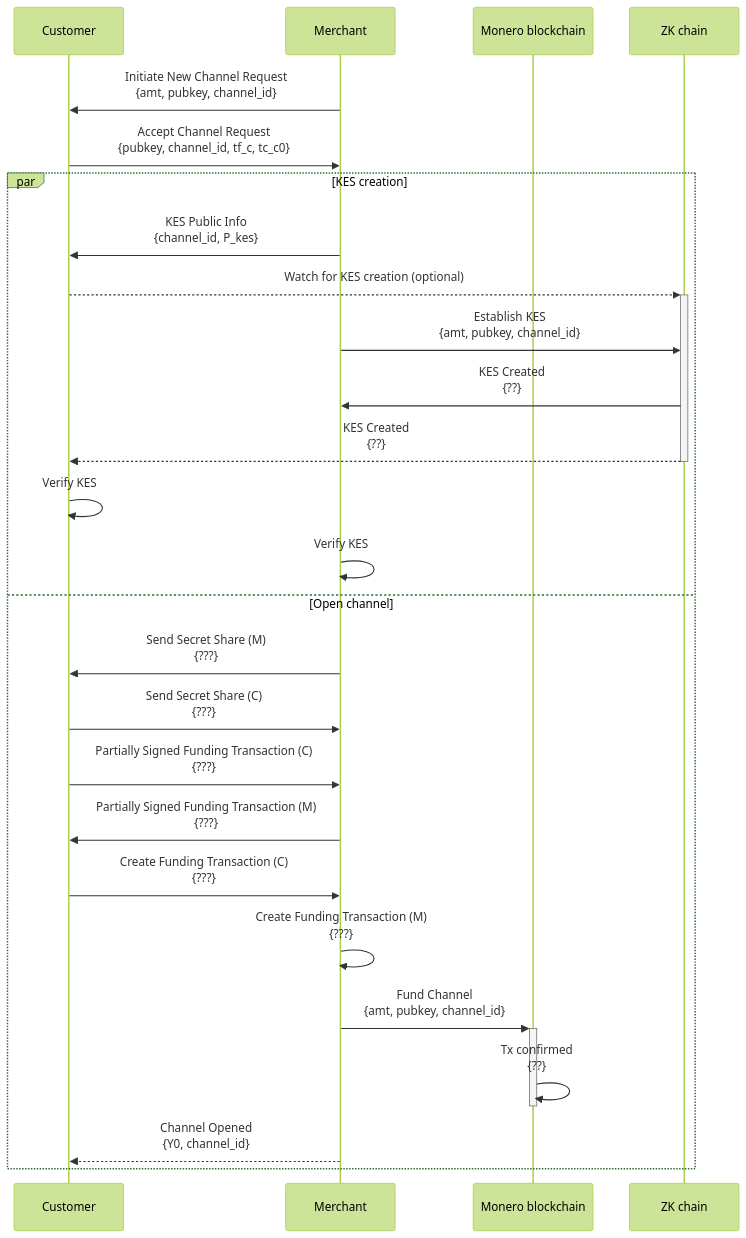
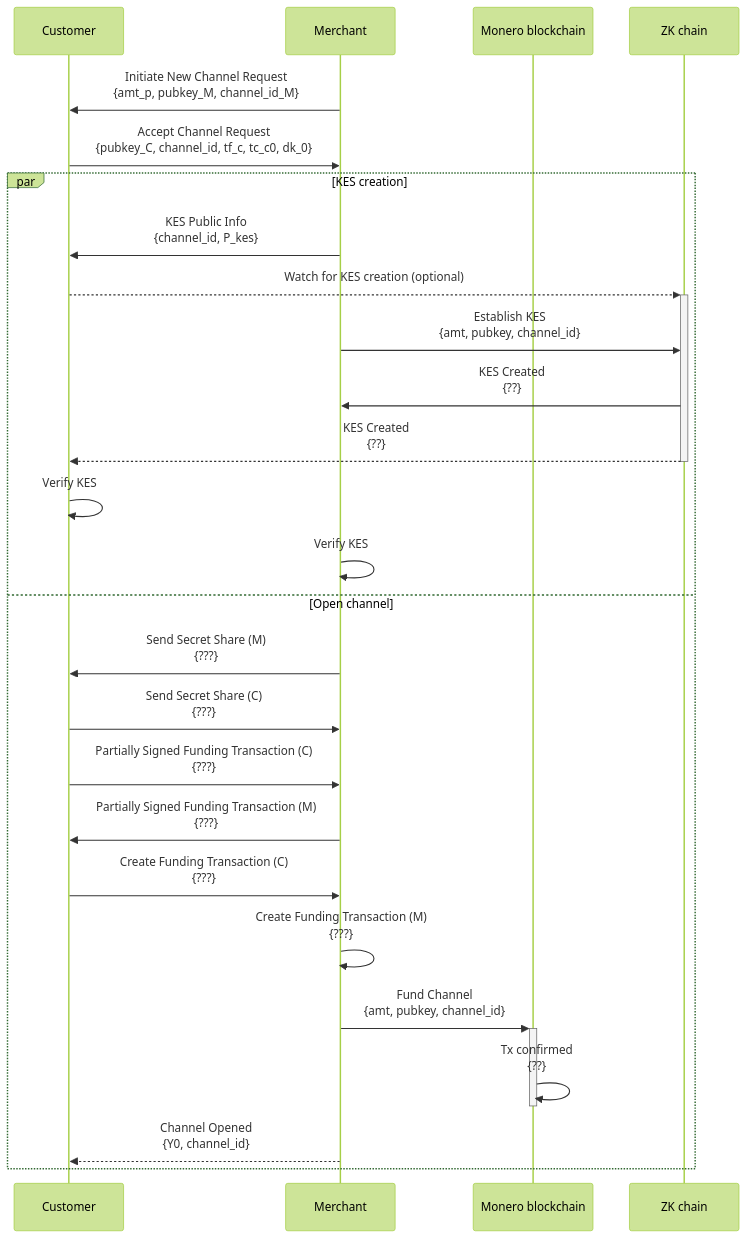
One commit to grease-xmr/grease changed the diagram in docs/channel-establishment-seq-diagram.md. Above: the diagram before and after it, drawn with Mermaid (forest theme). The commit also changed 13 other files, not shown here.

````diff
--- a/docs/channel-establishment-seq-diagram.md
+++ b/docs/channel-establishment-seq-diagram.md
@@ -16,32 +16,32 @@
 ```mermaid
 sequenceDiagram
     participant C as Customer
     participant M as Merchant
     participant L1 as Monero blockchain
     participant L2 as ZK chain
 
-    M ->> C: Initiate New Channel Request<br/>{amt, pubkey, channel_id}
-    C ->> M: Accept Channel Request<br/>{pubkey, channel_id, tf_c, tc_c0}
+    M ->> C: Initiate New Channel Request<br/>{amt_p, pubkey_M, channel_id_M}
+    C ->> M: Accept Channel Request<br/>{pubkey_C, channel_id, tf_c, tc_c0, dk_0}
     par KES creation
         M ->> C: KES Public Info<br/>{channel_id, P_kes}
         C -->>+ L2: Watch for KES creation (optional)
         M ->> L2: Establish KES<br/>{amt, pubkey, channel_id}
         L2 ->> M: KES Created<br/>{??}
         L2 -->>- C: KES Created<br/>{??}
         C ->> C: Verify KES
         M ->> M: Verify KES
     and Open channel
         M ->> C: Send Secret Share (M)<br/>{???}
         C ->> M: Send Secret Share (C)<br/>{???}
         C ->> M: Partially Signed Funding Transaction (C)<br/>{???}
         M ->> C: Partially Signed Funding Transaction (M)<br/>{???}
         C ->> M: Create Funding Transaction (C)<br/>{???}
         M ->> M: Create Funding Transaction (M)<br/>{???}
         M ->>+ L1: Fund Channel<br/>{amt, pubkey, channel_id}
         L1 ->>- L1: Tx confirmed<br/>{??}
         M -->> C: Channel Opened<br/>{Y0, channel_id}
     end
     
     
 
 ```
````
